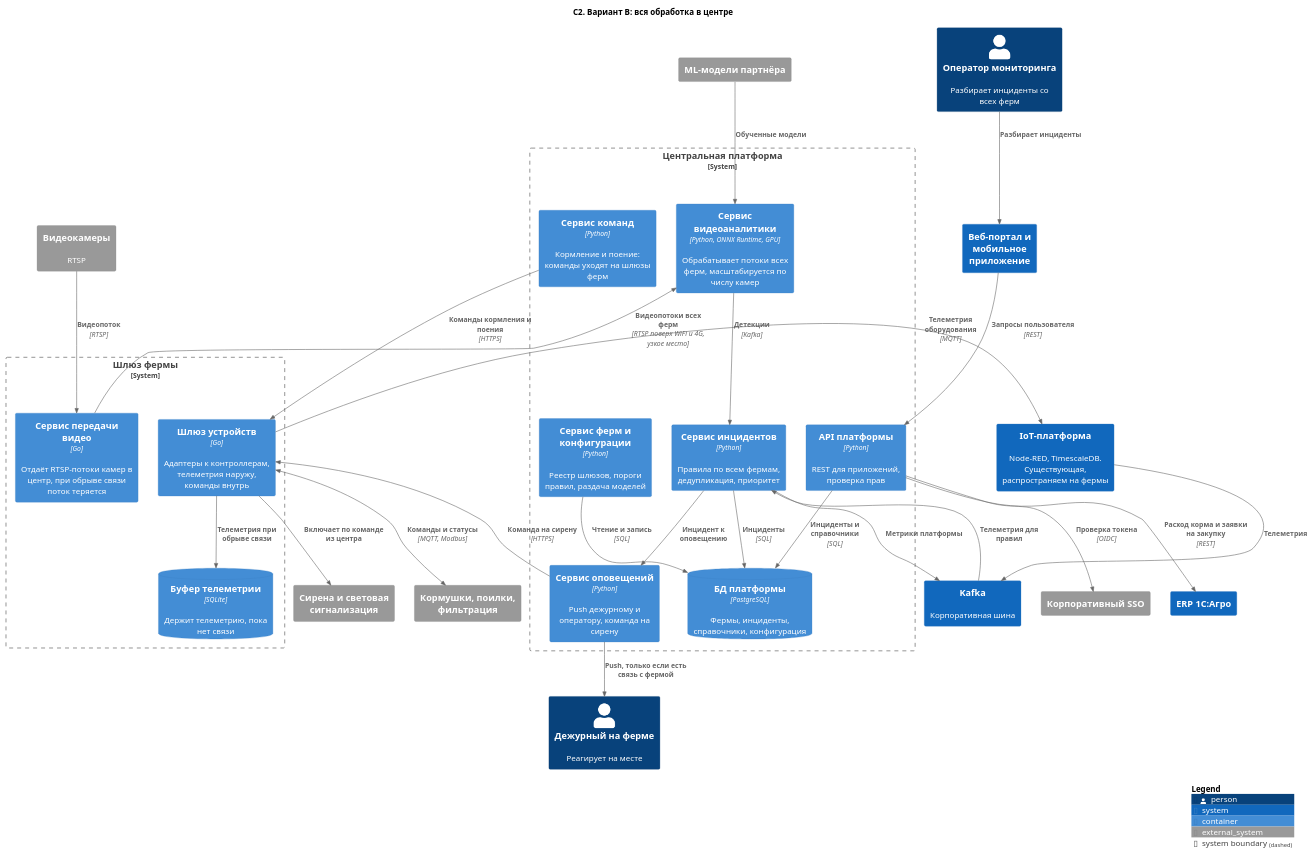
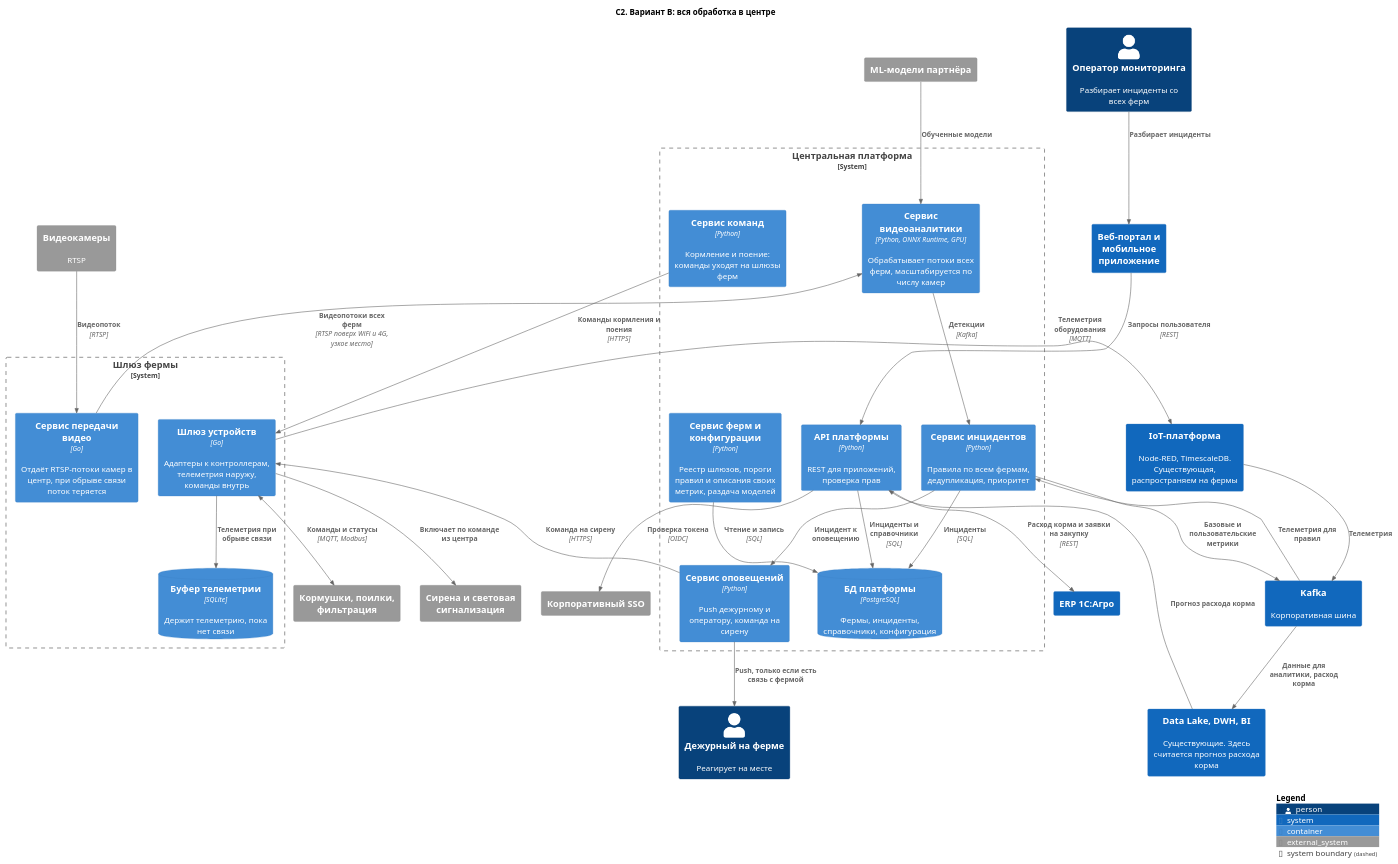
The diagram in Task2/C2-alternative.puml (FCTL3314/MSA-AgroTech), drawn with PlantUML before and after one commit. The commit also changed 7 other files, not shown here.

```diff
--- a/Task2/C2-alternative.puml
+++ b/Task2/C2-alternative.puml
@@ -1,60 +1,63 @@
 @startuml C2-alternative
 !include <C4/C4_Container>
 
 title C2. Вариант B: вся обработка в центре
 
 Person(duty, "Дежурный на ферме", "Реагирует на месте")
 Person(operator, "Оператор мониторинга", "Разбирает инциденты со всех ферм")
 
 System_Boundary(farm, "Шлюз фермы") {
   Container(streamer, "Сервис передачи видео", "Go", "Отдаёт RTSP-потоки камер в центр, при обрыве связи поток теряется")
   Container(devgw, "Шлюз устройств", "Go", "Адаптеры к контроллерам, телеметрия наружу, команды внутрь")
   ContainerDb(buffer, "Буфер телеметрии", "SQLite", "Держит телеметрию, пока нет связи")
 }
 
 System_Boundary(hq, "Центральная платформа") {
   Container(video, "Сервис видеоаналитики", "Python, ONNX Runtime, GPU", "Обрабатывает потоки всех ферм, масштабируется по числу камер")
   Container(incidents, "Сервис инцидентов", "Python", "Правила по всем фермам, дедупликация, приоритет")
   Container(commands, "Сервис команд", "Python", "Кормление и поение: команды уходят на шлюзы ферм")
   Container(notify, "Сервис оповещений", "Python", "Push дежурному и оператору, команда на сирену")
   Container(api, "API платформы", "Python", "REST для приложений, проверка прав")
-  Container(fleet, "Сервис ферм и конфигурации", "Python", "Реестр шлюзов, пороги правил, раздача моделей")
+  Container(fleet, "Сервис ферм и конфигурации", "Python", "Реестр шлюзов, пороги правил и описания своих метрик, раздача моделей")
   ContainerDb(centraldb, "БД платформы", "PostgreSQL", "Фермы, инциденты, справочники, конфигурация")
 }
 
 System_Ext(cameras, "Видеокамеры", "RTSP")
 System_Ext(equipment, "Кормушки, поилки, фильтрация")
 System_Ext(siren, "Сирена и световая сигнализация")
 System_Ext(mlmodel, "ML-модели партнёра")
 System_Ext(idp, "Корпоративный SSO")
 System(iot, "IoT-платформа", "Node-RED, TimescaleDB. Существующая, распространяем на фермы")
 System(apps, "Веб-портал и мобильное приложение")
 System(kafka, "Kafka", "Корпоративная шина")
 System(erp, "ERP 1С:Агро")
+System(storage, "Data Lake, DWH, BI", "Существующие. Здесь считается прогноз расхода корма")
 
 Rel(cameras, streamer, "Видеопоток", "RTSP")
 BiRel(devgw, equipment, "Команды и статусы", "MQTT, Modbus")
 Rel(devgw, buffer, "Телеметрия при обрыве связи")
 Rel(devgw, siren, "Включает по команде из центра")
 
 Rel(streamer, video, "Видеопотоки всех ферм", "RTSP поверх WiFi и 4G, узкое место")
 Rel(devgw, iot, "Телеметрия оборудования", "MQTT")
 Rel(iot, kafka, "Телеметрия")
 Rel(kafka, incidents, "Телеметрия для правил")
 Rel(video, incidents, "Детекции", "Kafka")
 Rel(mlmodel, video, "Обученные модели")
 Rel(incidents, centraldb, "Инциденты", "SQL")
 Rel(incidents, notify, "Инцидент к оповещению")
 Rel(notify, duty, "Push, только если есть связь с фермой")
 Rel(notify, devgw, "Команда на сирену", "HTTPS")
 Rel(commands, devgw, "Команды кормления и поения", "HTTPS")
 Rel(fleet, centraldb, "Чтение и запись", "SQL")
 Rel(api, centraldb, "Инциденты и справочники", "SQL")
 Rel(api, idp, "Проверка токена", "OIDC")
 Rel(apps, api, "Запросы пользователя", "REST")
 Rel(operator, apps, "Разбирает инциденты")
-Rel(incidents, kafka, "Метрики платформы")
+Rel(incidents, kafka, "Базовые и пользовательские метрики")
+Rel(kafka, storage, "Данные для аналитики, расход корма")
+Rel(storage, api, "Прогноз расхода корма")
 Rel(api, erp, "Расход корма и заявки на закупку", "REST")
 
 SHOW_LEGEND()
 @enduml
```
